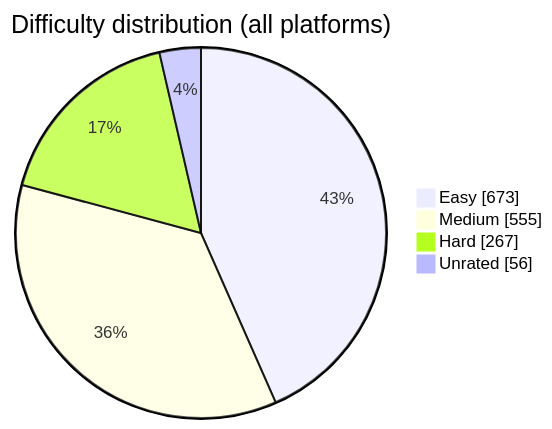
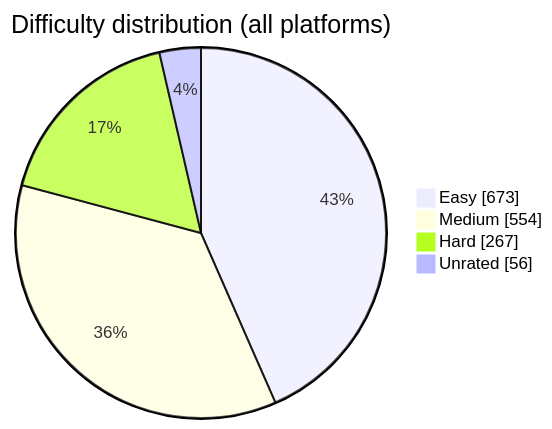
Before and after one commit to BuildbyArindam/Daily-Coding-Log: the diagram in README.md, drawn with Mermaid. The commit also changed other lines of this file, not shown here.

````diff
--- a/README.md
+++ b/README.md
@@ -93,7 +93,7 @@
 ```mermaid
 pie showData title Difficulty distribution (all platforms)
     "Easy" : 673
-    "Medium" : 555
+    "Medium" : 554
     "Hard" : 267
     "Unrated" : 56
 ```
````
